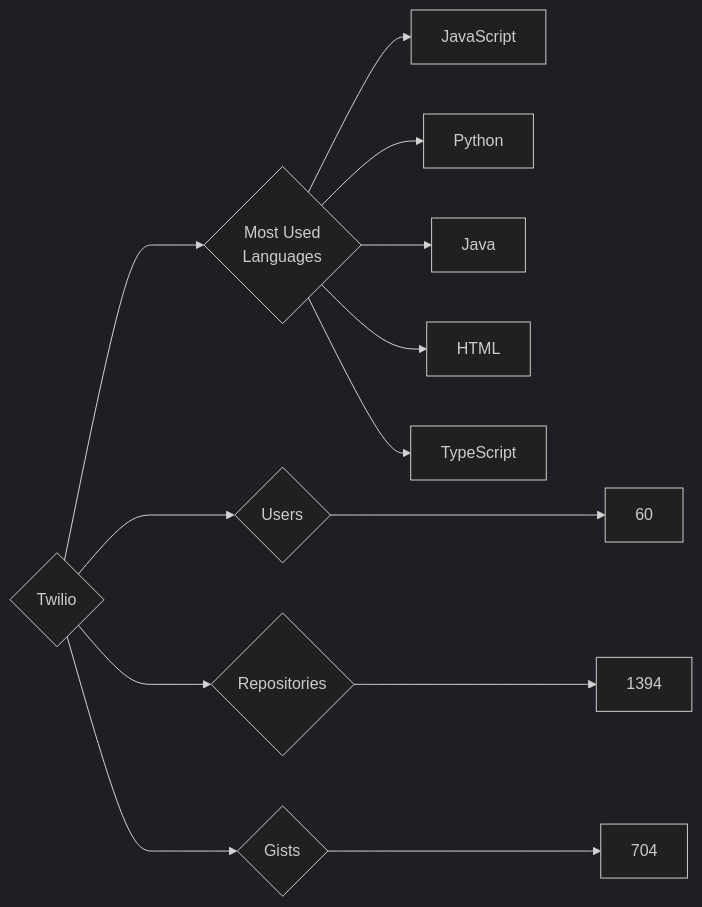
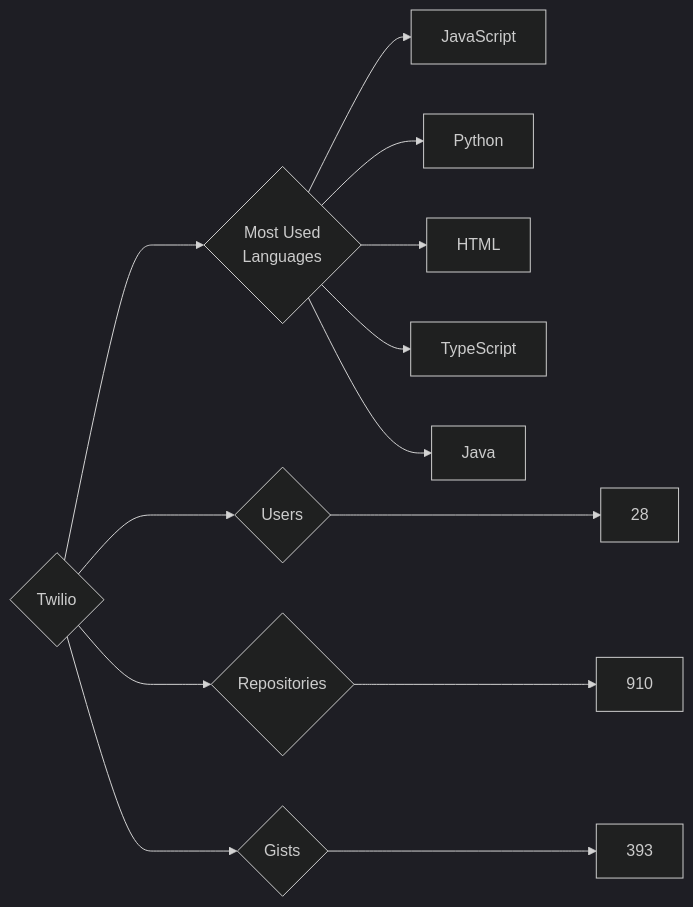
Before and after one commit to trickest/insiders: the diagram in targets/Twilio/README.md, drawn with Mermaid (dark theme). The commit also changed 928 other files, not shown here.

````diff
--- a/targets/Twilio/README.md
+++ b/targets/Twilio/README.md
@@ -3,13 +3,13 @@
 ```mermaid
 graph LR
 COMPANY_NAME{Twilio}
-COMPANY_NAME ---> U{Users} ---> UN[60]
-COMPANY_NAME ---> R{Repositories} ---> RN[1394]
-COMPANY_NAME ---> G{Gists} ---> GN[704]
+COMPANY_NAME ---> U{Users} ---> UN[28]
+COMPANY_NAME ---> R{Repositories} ---> RN[910]
+COMPANY_NAME ---> G{Gists} ---> GN[393]
 COMPANY_NAME ---> ML{Most Used<br>Languages}
 ML --> JavaScript[JavaScript]
 ML --> Python[Python]
-ML --> Java[Java]
 ML --> HTML[HTML]
 ML --> TypeScript[TypeScript]
+ML --> Java[Java]
 ```
````
